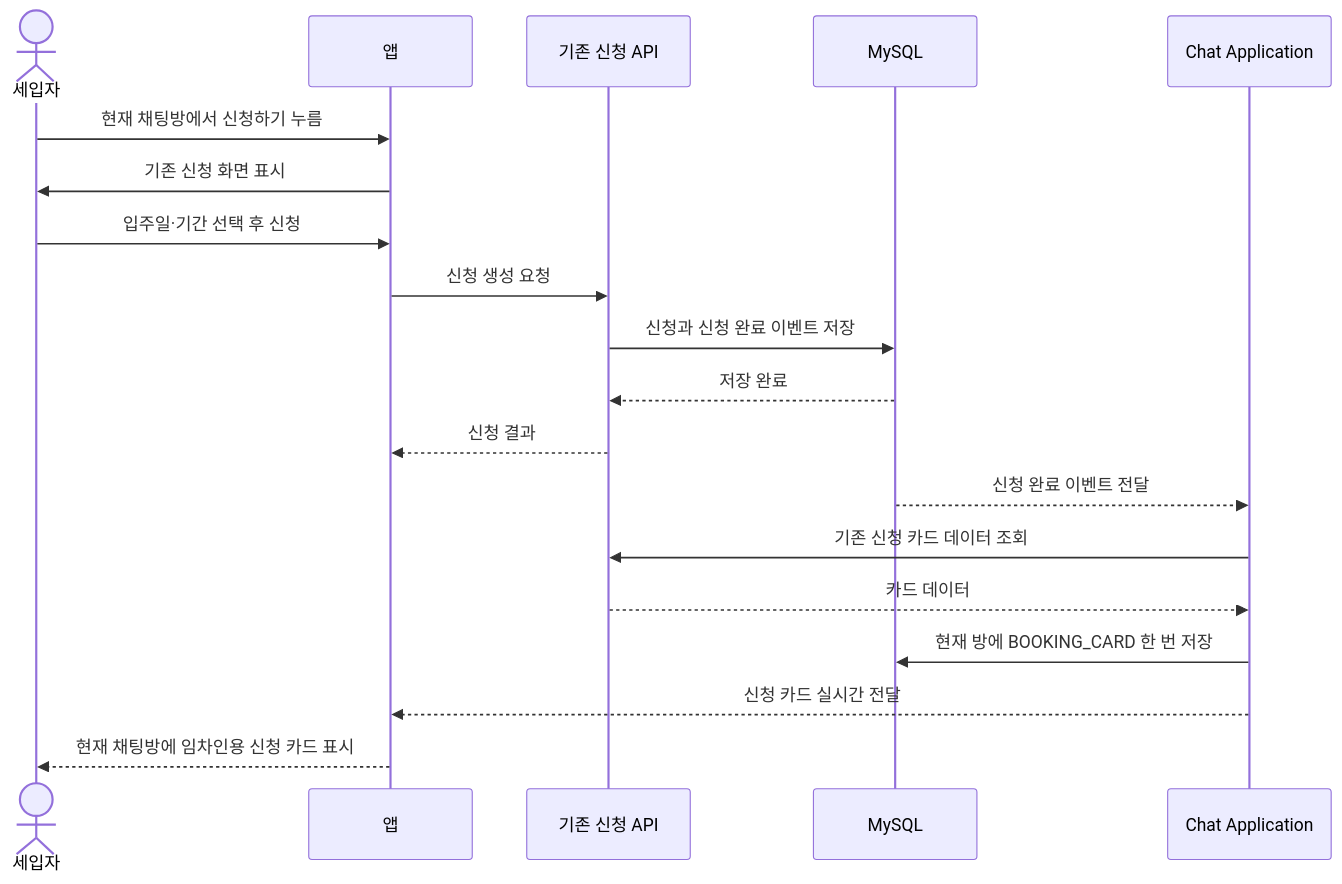
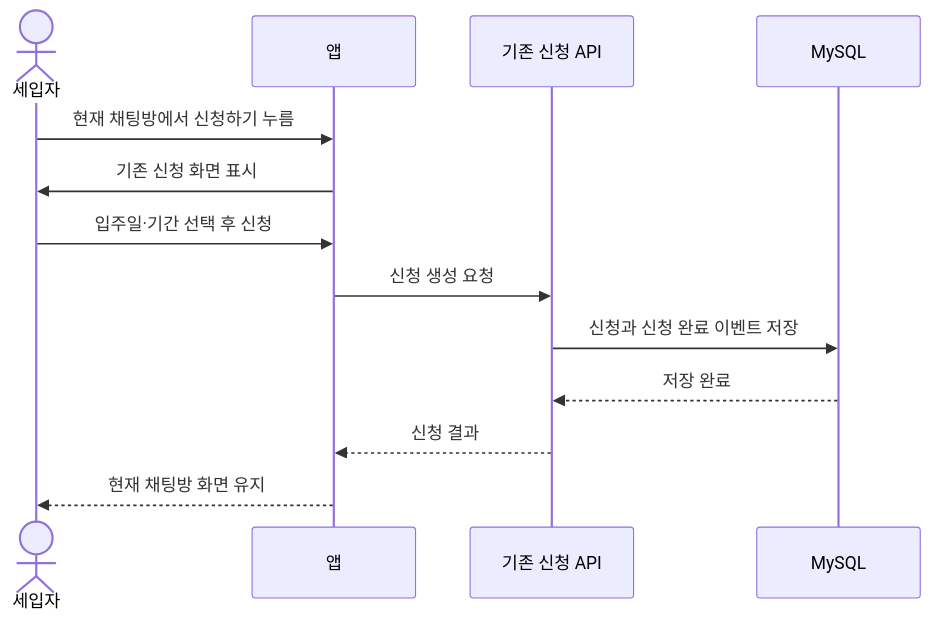
The third of 16 diagrams in docs/architecture/chat/05-sequence-diagrams.md (jameskim9509/Kohere-backend), drawn with Mermaid before and after one commit. The commit also changed other lines of this file and 35 other files, not shown here.

````diff
--- a/docs/architecture/chat/05-sequence-diagrams.md
+++ b/docs/architecture/chat/05-sequence-diagrams.md
@@ -76,22 +73,16 @@
 ```mermaid
 sequenceDiagram
     actor U as 세입자
     participant APP as 앱
     participant BOOK as 기존 신청 API
     participant DB as MySQL
-    participant CHAT as Chat Application
 
     U->>APP: 현재 채팅방에서 신청하기 누름
     APP->>U: 기존 신청 화면 표시
     U->>APP: 입주일·기간 선택 후 신청
     APP->>BOOK: 신청 생성 요청
     BOOK->>DB: 신청과 신청 완료 이벤트 저장
     DB-->>BOOK: 저장 완료
     BOOK-->>APP: 신청 결과
-    DB-->>CHAT: 신청 완료 이벤트 전달
-    CHAT->>BOOK: 기존 신청 카드 데이터 조회
-    BOOK-->>CHAT: 카드 데이터
-    CHAT->>DB: 현재 방에 BOOKING_CARD 한 번 저장
-    CHAT-->>APP: 신청 카드 실시간 전달
-    APP-->>U: 현재 채팅방에 임차인용 신청 카드 표시
+    APP-->>U: 현재 채팅방 화면 유지
 ```
````
